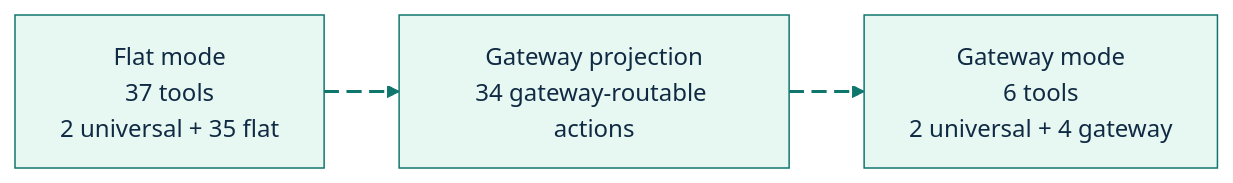
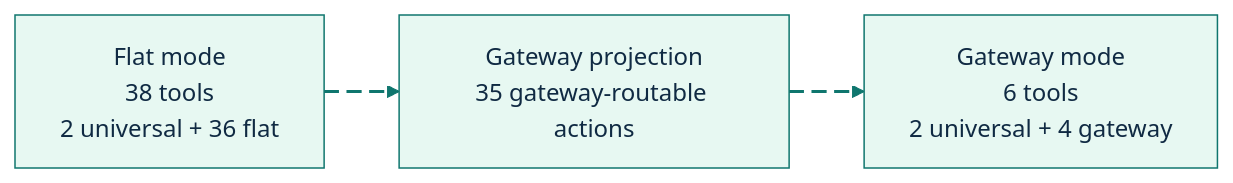
One commit to GlitterKill/sdl-mcp changed the first of 2 diagrams in docs/feature-deep-dives/tool-gateway.md. Above: the diagram before and after it, drawn with Mermaid. The commit also changed other lines of this file and 36 other files, not shown here.

````diff
--- a/docs/feature-deep-dives/tool-gateway.md
+++ b/docs/feature-deep-dives/tool-gateway.md
@@ -7,19 +7,19 @@
 ```mermaid
 %%{init: {"theme":"base","themeVariables":{"background":"#ffffff","primaryColor":"#E7F8F2","primaryBorderColor":"#0F766E","primaryTextColor":"#102A43","secondaryColor":"#E8F1FF","secondaryBorderColor":"#2563EB","secondaryTextColor":"#102A43","tertiaryColor":"#FFF4D6","tertiaryBorderColor":"#B45309","tertiaryTextColor":"#102A43","lineColor":"#0F766E","textColor":"#102A43","fontFamily":"Inter, ui-sans-serif, system-ui, -apple-system, BlinkMacSystemFont, Segoe UI, sans-serif"},"flowchart":{"curve":"basis","htmlLabels":true}}}%%
 flowchart LR
-    Flat["Flat mode<br/>37 tools<br/>2 universal + 35 flat"]
-    Shrink["Gateway projection<br/>34 gateway-routable actions"]
+    Flat["Flat mode<br/>38 tools<br/>2 universal + 36 flat"]
+    Shrink["Gateway projection<br/>35 gateway-routable actions"]
     Gateway["Gateway mode<br/>6 tools<br/>2 universal + 4 gateway"]
 
     Flat e1@--> Shrink
     Shrink e2@--> Gateway
 
     classDef source fill:#E7F8F2,stroke:#0F766E,stroke-width:2px,color:#102A43;
     classDef process fill:#E8F1FF,stroke:#2563EB,stroke-width:2px,color:#102A43;
     classDef decision fill:#FFF4D6,stroke:#B45309,stroke-width:2px,color:#102A43;
     classDef storage fill:#F2E8FF,stroke:#7C3AED,stroke-width:2px,color:#102A43;
     classDef output fill:#FFE8EF,stroke:#BE123C,stroke-width:2px,color:#102A43;
     classDef muted fill:#F8FAFC,stroke:#64748B,stroke-width:1px,color:#102A43;
     classDef animate stroke:#0F766E,stroke-width:2px,stroke-dasharray:10\,5,stroke-dashoffset:900,animation:dash 22s linear infinite;
     class e1,e2 animate;
 ```
````
